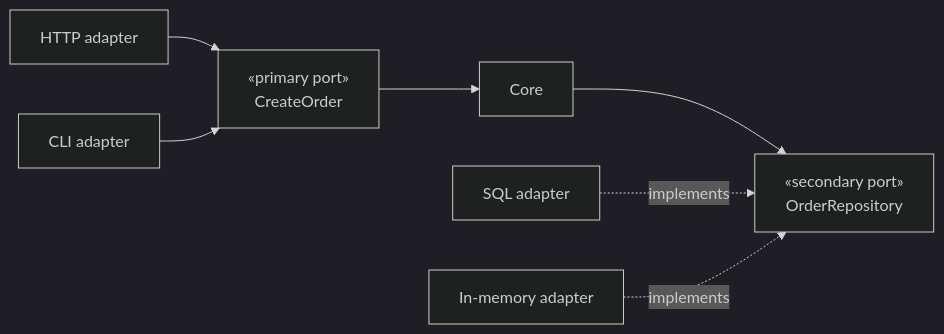
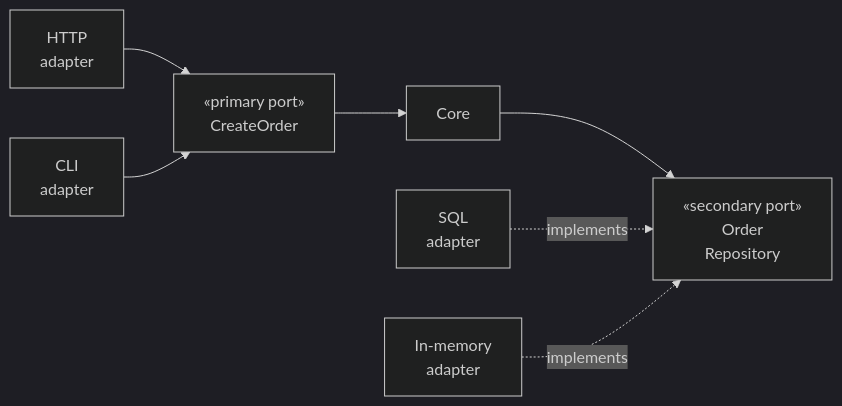
One commit to oadcavalcante/software-architecture-mastery changed the diagram in i18n/en-US/docusaurus-plugin-content-docs/current/02-software-design/ports-and-adapters.md. Above: the diagram before and after it, drawn with Mermaid (dark theme). The commit also changed 27 other files, not shown here.

First line of the commit message:
diagramas: parenteses renderizando como &(&) e largura ilegivel no telefone

````diff
--- a/i18n/en-US/docusaurus-plugin-content-docs/current/02-software-design/ports-and-adapters.md
+++ b/i18n/en-US/docusaurus-plugin-content-docs/current/02-software-design/ports-and-adapters.md
@@ -70,9 +70,9 @@
 ```mermaid
 graph LR
-  HTTP[HTTP adapter] --> PP["«primary port»<br/>CreateOrder"]
-  CLI[CLI adapter] --> PP
+  HTTP[HTTP<br/>adapter] --> PP["«primary port»<br/>CreateOrder"]
+  CLI[CLI<br/>adapter] --> PP
   PP --> N[Core]
-  N --> PS["«secondary port»<br/>OrderRepository"]
-  SQL[SQL adapter] -.implements.-> PS
-  MEM[In-memory adapter] -.implements.-> PS
+  N --> PS["«secondary port»<br/>Order<br/>Repository"]
+  SQL[SQL<br/>adapter] -.implements.-> PS
+  MEM[In-memory<br/>adapter] -.implements.-> PS
 ```
````
